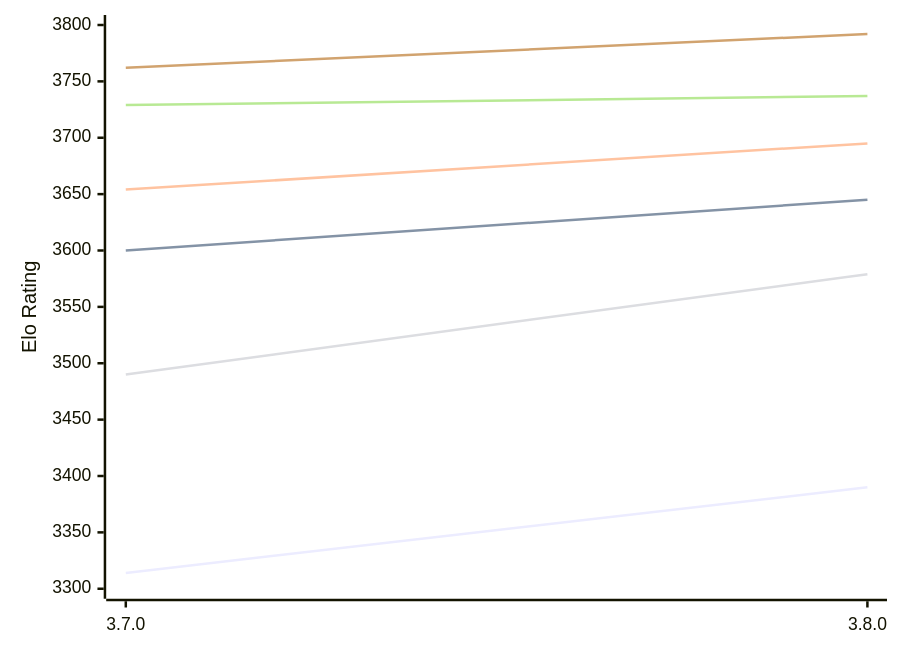
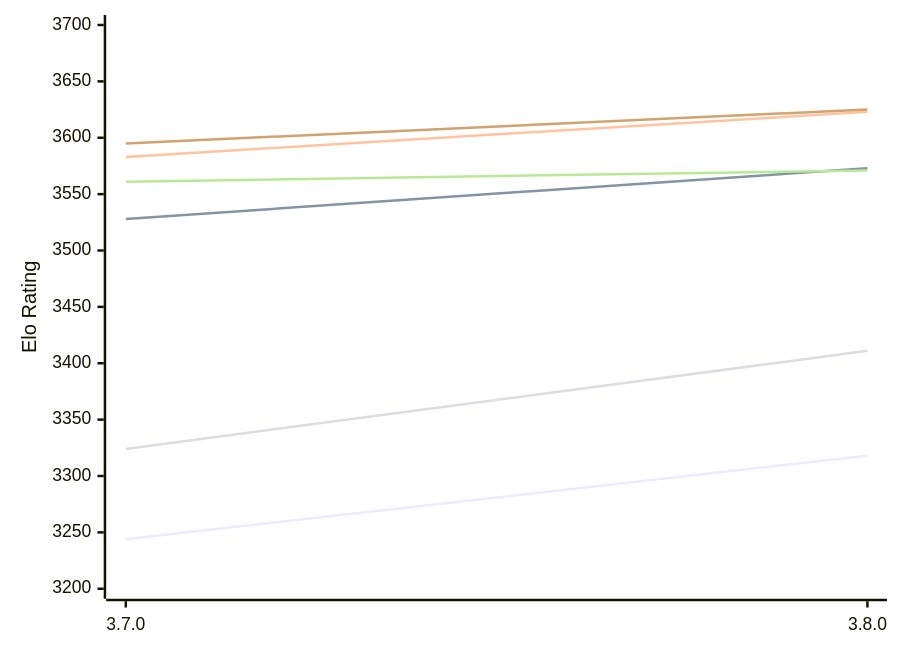
Before and after one commit to computer-chess-index/cci: the first of 2 diagrams in engines/Igel.md, drawn with Mermaid. The commit also changed other lines of this file, not shown here.

Commit message:
Update CCI Ratings (ELO VLTC) - 2026-11-13

````diff
--- a/engines/Igel.md
+++ b/engines/Igel.md
@@ -51,12 +51,12 @@
 ```mermaid
 %%{init: {"theme":"base","themeVariables":{"seriesColors:['#a3a3a3','#222221','#faa371']}}}%%
 xychart-beta
   x-axis ["3.7.0", "3.8.0"]
-  y-axis "Elo Rating" 3300 --> 3800
-  line "E1: STC (8.0+0.08s)" [3314, 3390]
-  line "E1: LTC (60.0+0.60s)" [3600, 3645]
-  line "E1: VLTC (2m24s+1.12s)" [3654, 3695]
-  line "P1: STC (8.0+0.08s)" [3490, 3579]
-  line "P1: LTC (60.0+0.60s)" [3729, 3737]
-  line "P1: VLTC (2m24s+1.12s)" [3762, 3792]
+  y-axis "Elo Rating" 3200 --> 3700
+  line "E1: STC (8.0+0.08s)" [3244, 3318]
+  line "E1: LTC (60.0+0.60s)" [3528, 3573]
+  line "E1: VLTC (2m24s+1.12s)" [3583, 3623]
+  line "P1: STC (8.0+0.08s)" [3324, 3411]
+  line "P1: LTC (60.0+0.60s)" [3561, 3571]
+  line "P1: VLTC (2m24s+1.12s)" [3595, 3625]
 ```
````
